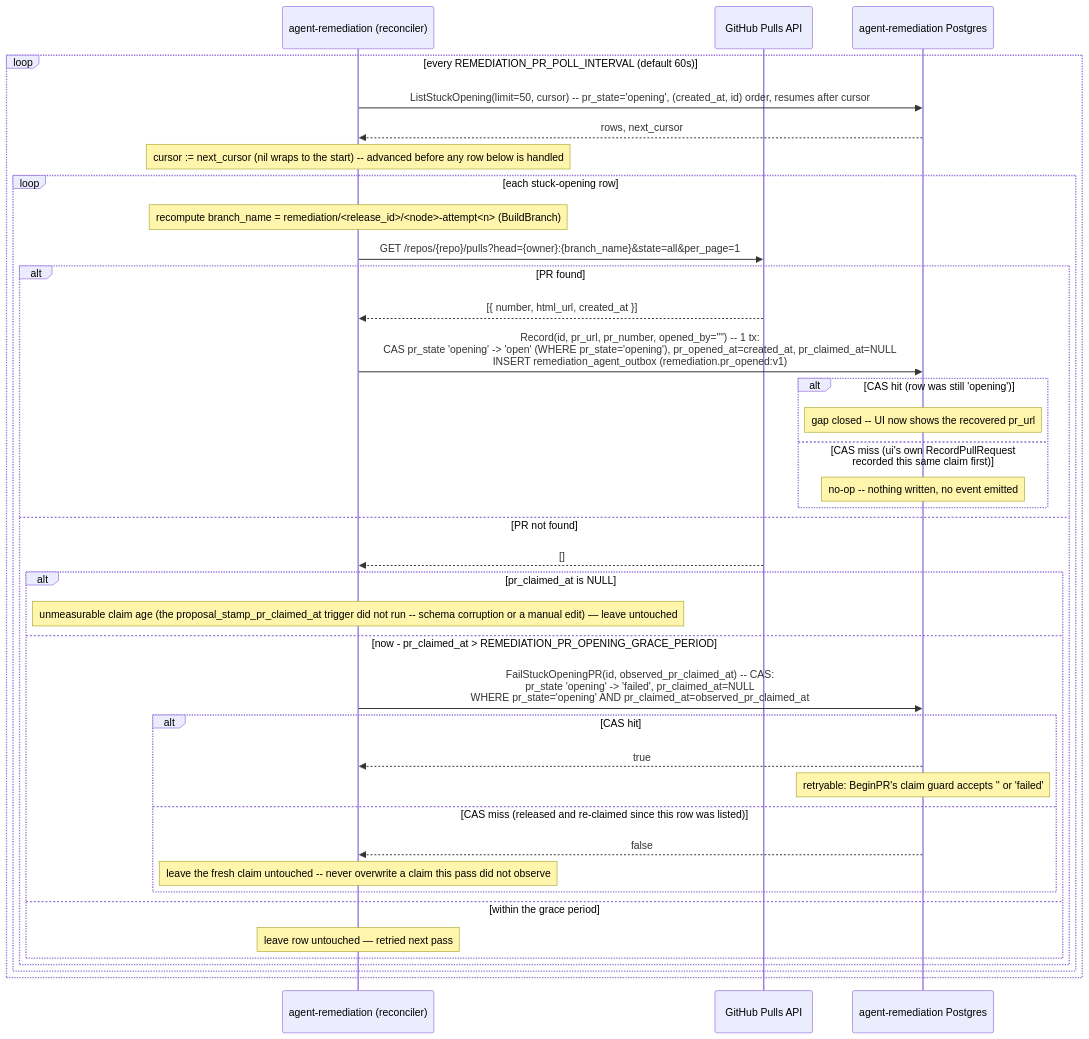
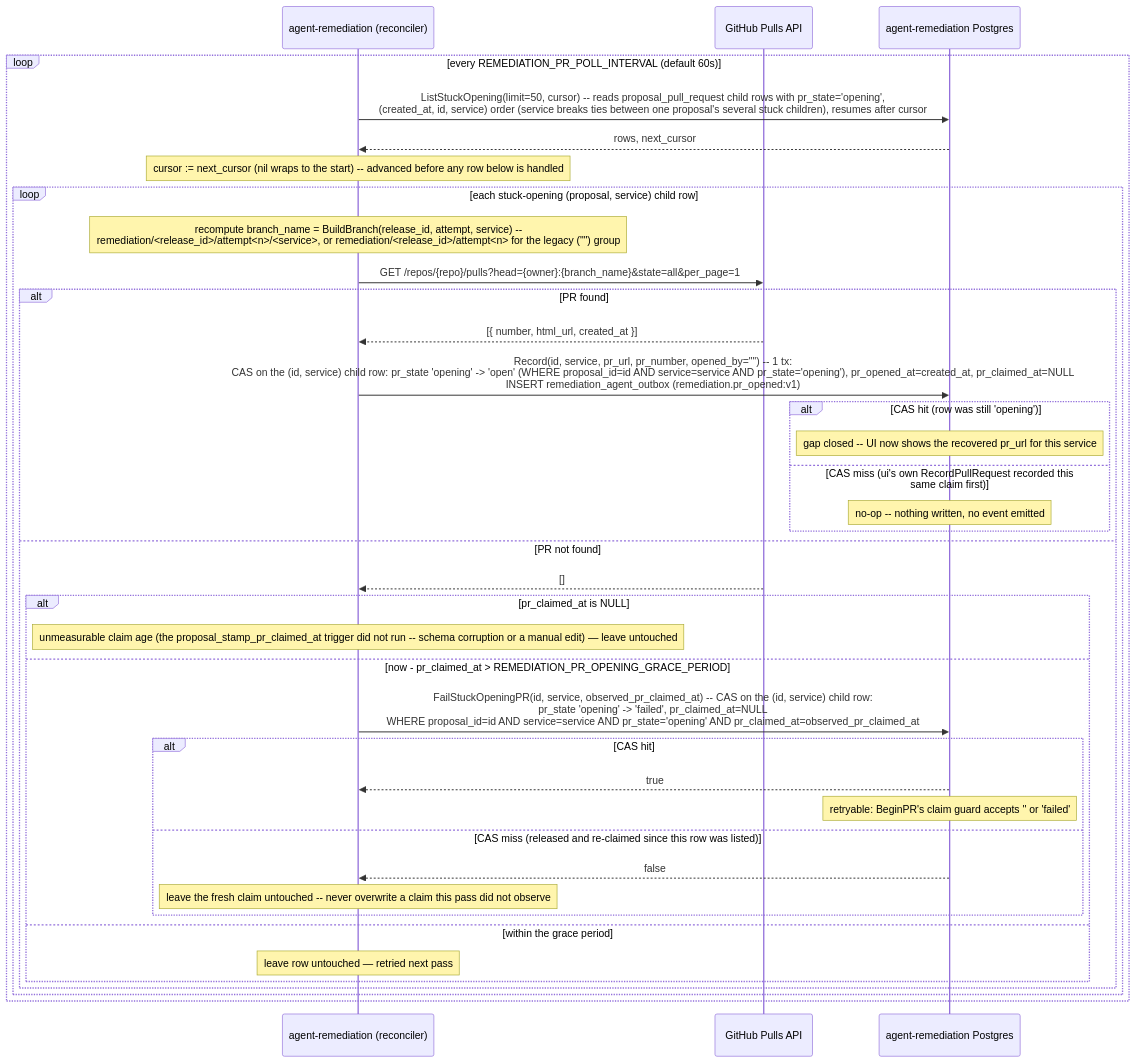
One commit to carolsimone/continuo changed diagram 16 of 16 in docs/arch/03-sequence-flows.md. Above: the diagram before and after it, drawn with Mermaid. The commit also changed other lines of this file and 101 other files, not shown here.

First line of the commit message:
Batched remediation Phase 4: per-service PRs + case-base provenance edges (#492)

````diff
--- a/docs/arch/03-sequence-flows.md
+++ b/docs/arch/03-sequence-flows.md
@@ -825,41 +839,41 @@
 ```mermaid
 sequenceDiagram
   participant RA as agent-remediation (reconciler)
   participant GH as GitHub Pulls API
   participant PG as agent-remediation Postgres
 
   loop every REMEDIATION_PR_POLL_INTERVAL (default 60s)
-    RA->>PG: ListStuckOpening(limit=50, cursor) -- pr_state='opening', (created_at, id) order, resumes after cursor
+    RA->>PG: ListStuckOpening(limit=50, cursor) -- reads proposal_pull_request child rows with pr_state='opening',<br/>(created_at, id, service) order (service breaks ties between one proposal's several stuck children), resumes after cursor
     PG-->>RA: rows, next_cursor
     Note over RA: cursor := next_cursor (nil wraps to the start) -- advanced before any row below is handled
-    loop each stuck-opening row
-      Note over RA: recompute branch_name = remediation/<release_id>/<node>-attempt<n> (BuildBranch)
+    loop each stuck-opening (proposal, service) child row
+      Note over RA: recompute branch_name = BuildBranch(release_id, attempt, service) --<br/>remediation/<release_id>/attempt<n>/<service>, or remediation/<release_id>/attempt<n> for the legacy ("") group
       RA->>GH: GET /repos/{repo}/pulls?head={owner}:{branch_name}&state=all&per_page=1
       alt PR found
         GH-->>RA: [{ number, html_url, created_at }]
-        RA->>PG: Record(id, pr_url, pr_number, opened_by="") -- 1 tx:<br/>CAS pr_state 'opening' -> 'open' (WHERE pr_state='opening'), pr_opened_at=created_at, pr_claimed_at=NULL<br/>INSERT remediation_agent_outbox (remediation.pr_opened:v1)
+        RA->>PG: Record(id, service, pr_url, pr_number, opened_by="") -- 1 tx:<br/>CAS on the (id, service) child row: pr_state 'opening' -> 'open' (WHERE proposal_id=id AND service=service AND pr_state='opening'), pr_opened_at=created_at, pr_claimed_at=NULL<br/>INSERT remediation_agent_outbox (remediation.pr_opened:v1)
         alt CAS hit (row was still 'opening')
-          Note over PG: gap closed -- UI now shows the recovered pr_url
+          Note over PG: gap closed -- UI now shows the recovered pr_url for this service
         else CAS miss (ui's own RecordPullRequest recorded this same claim first)
           Note over PG: no-op -- nothing written, no event emitted
         end
       else PR not found
         GH-->>RA: []
         alt pr_claimed_at is NULL
           Note over RA: unmeasurable claim age (the proposal_stamp_pr_claimed_at trigger did not run -- schema corruption or a manual edit) — leave untouched
         else now - pr_claimed_at > REMEDIATION_PR_OPENING_GRACE_PERIOD
-          RA->>PG: FailStuckOpeningPR(id, observed_pr_claimed_at) -- CAS:<br/>pr_state 'opening' -> 'failed', pr_claimed_at=NULL<br/>WHERE pr_state='opening' AND pr_claimed_at=observed_pr_claimed_at
+          RA->>PG: FailStuckOpeningPR(id, service, observed_pr_claimed_at) -- CAS on the (id, service) child row:<br/>pr_state 'opening' -> 'failed', pr_claimed_at=NULL<br/>WHERE proposal_id=id AND service=service AND pr_state='opening' AND pr_claimed_at=observed_pr_claimed_at
           alt CAS hit
             PG-->>RA: true
             Note over PG: retryable: BeginPR's claim guard accepts '' or 'failed'
           else CAS miss (released and re-claimed since this row was listed)
             PG-->>RA: false
             Note over RA: leave the fresh claim untouched -- never overwrite a claim this pass did not observe
           end
         else within the grace period
           Note over RA: leave row untouched — retried next pass
         end
       end
     end
   end
 ```
````
